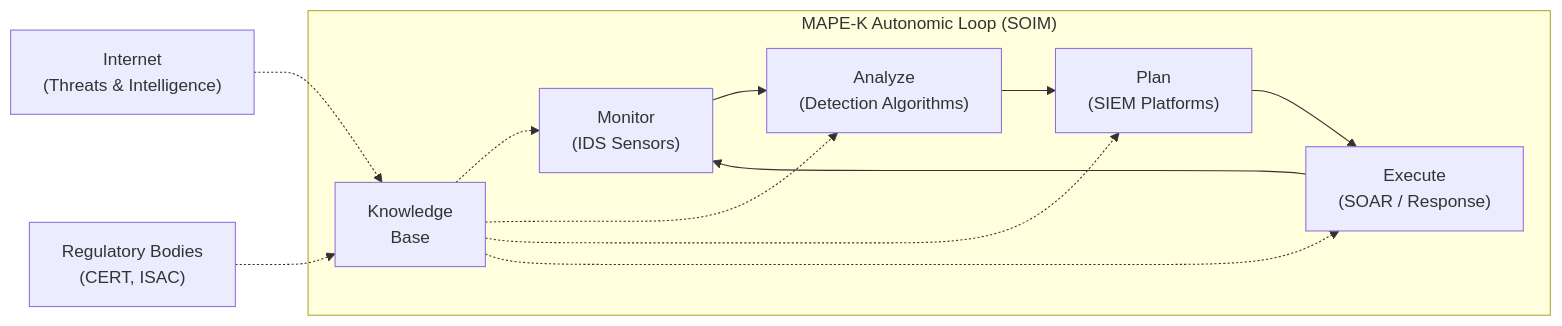
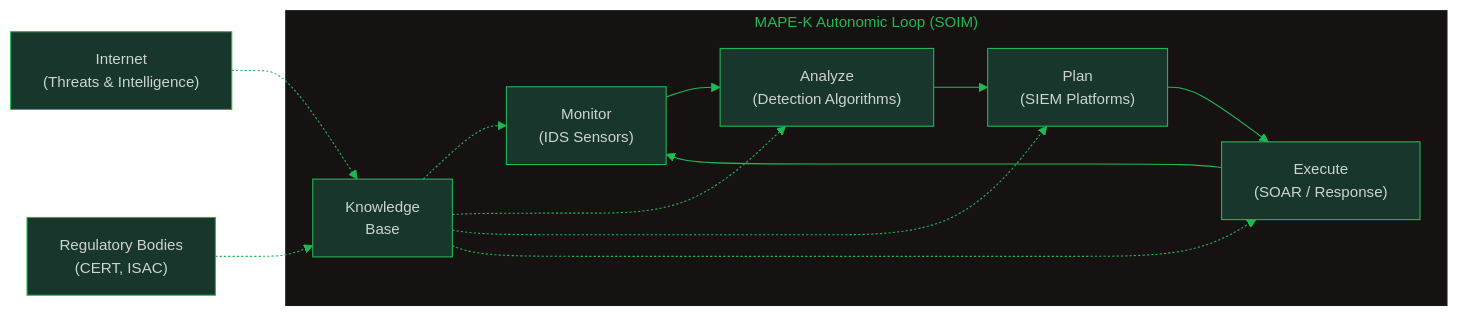
The first of 2 diagrams in body-of-knowledge/CyBOK/07_Security_Operations_and_Incident_Management.md (oat431/swe-knowledge), drawn with Mermaid before and after one commit. The commit also changed other lines of this file and 109 other files, not shown here.

````diff
--- a/body-of-knowledge/CyBOK/07_Security_Operations_and_Incident_Management.md
+++ b/body-of-knowledge/CyBOK/07_Security_Operations_and_Incident_Management.md
@@ -34,16 +34,17 @@
 ```mermaid
+%%{init: {'theme':'base','themeVariables':{'primaryColor':'#19362D','primaryTextColor':'#CDD3D1','primaryBorderColor':'#1FB854','lineColor':'#1FB854','background':'#1B1717','mainBkg':'#19362D','clusterBkg':'#161212','edgeLabelBackground':'#161212','titleColor':'#1FB854','fontSize':'14px','cScale0':'#1FB854','cScale1':'#1EB88E','cScale2':'#1FB8AB','cScale3':'#00B5FF','cScale4':'#FFBE00','cScale5':'#19362D','cScale6':'#FF5861','cScale7':'#CDD3D1','cScale8':'#00A96E','cScale9':'#CAC9C9','cScale10':'#1EB88E','cScale11':'#1FB8AB'}}}%%
 flowchart LR
     subgraph MAPE-K["MAPE-K Autonomic Loop (SOIM)"]
         M["Monitor\n(IDS Sensors)"] --> A["Analyze\n(Detection Algorithms)"]
         A --> P["Plan\n(SIEM Platforms)"]
         P --> E["Execute\n(SOAR / Response)"]
         E --> M
         K["Knowledge\nBase"] -.-> M
         K -.-> A
         K -.-> P
         K -.-> E
     end
     
     Internet["Internet\n(Threats & Intelligence)"] -.-> K
     Reg["Regulatory Bodies\n(CERT, ISAC)"] -.-> K
 ```
````
